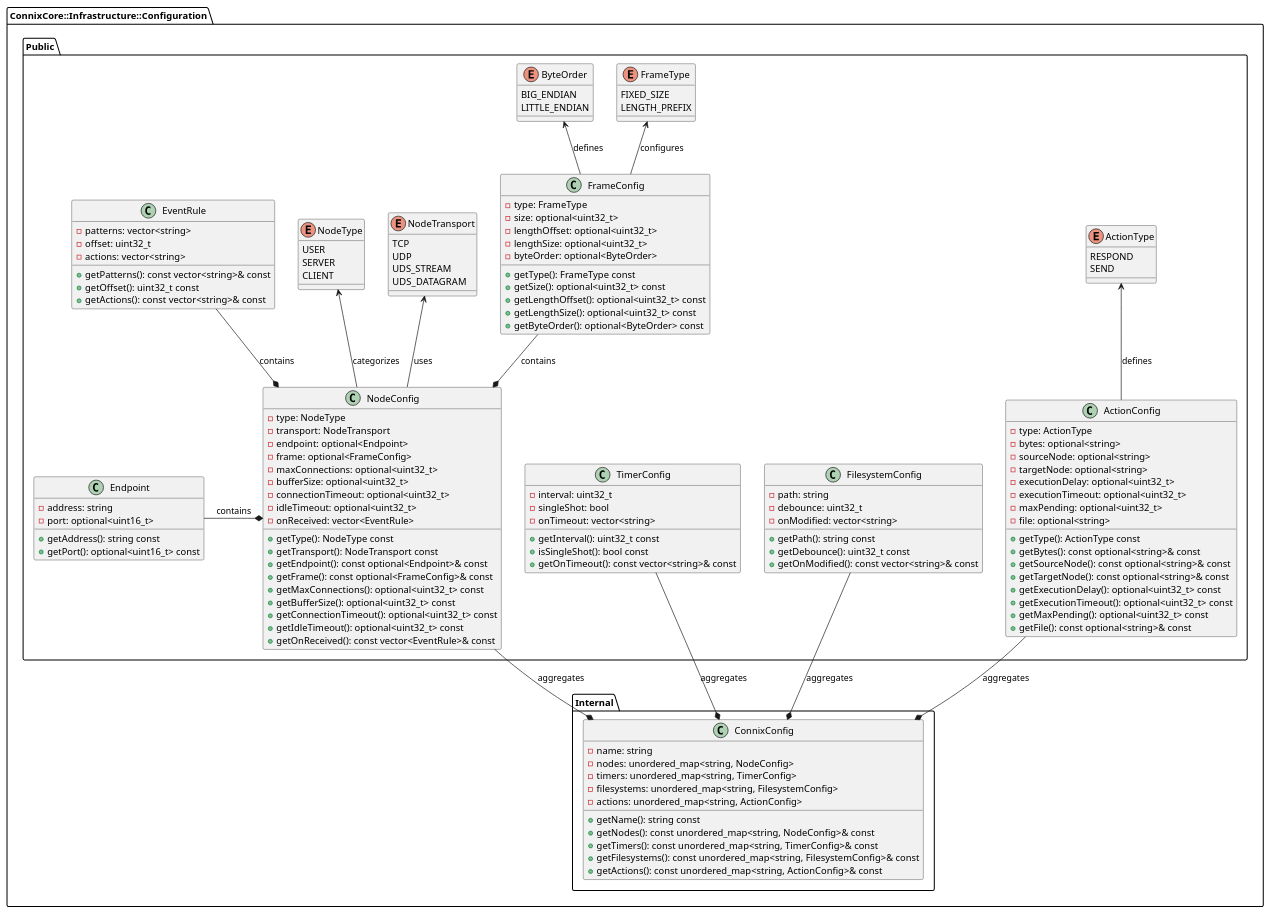
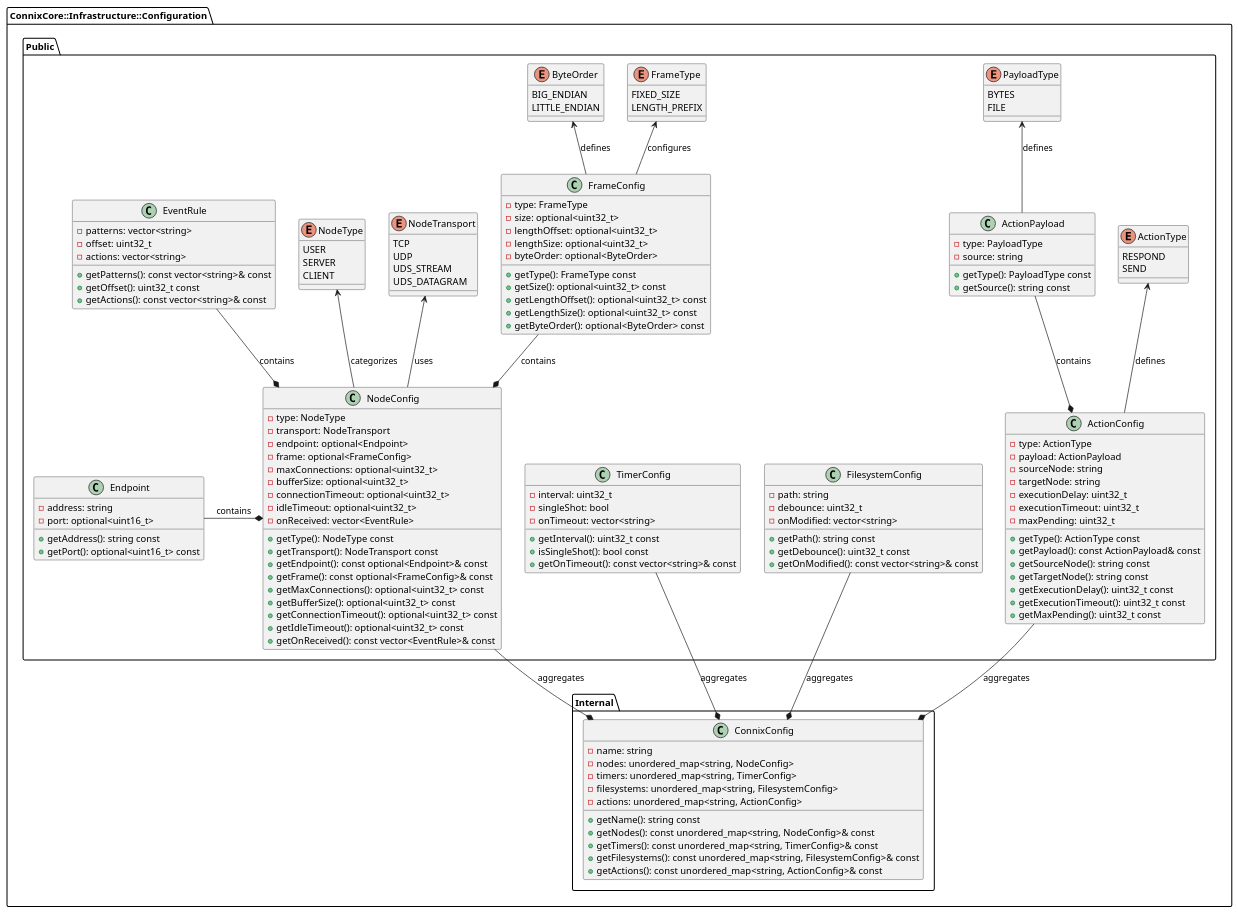
One commit to nghdang/connix changed the diagram in connix/connix-core/infrastructure/configuration/dd/data_structures.puml. Above: the diagram before and after it, drawn with PlantUML. The commit also changed 11 other files, not shown here.

Commit message:
feat: refine schema of ActionConfig

```diff
--- a/connix/connix-core/infrastructure/configuration/dd/data_structures.puml
+++ b/connix/connix-core/infrastructure/configuration/dd/data_structures.puml
@@ -1,162 +1,174 @@
 @startuml Configuration Component - Data Structures
 
 namespace ConnixCore::Infrastructure::Configuration {
 
 package "Public" {
 
     enum FrameType {
         FIXED_SIZE
         LENGTH_PREFIX
     }
 
     enum ByteOrder {
         BIG_ENDIAN
         LITTLE_ENDIAN
     }
 
     enum NodeTransport {
         TCP
         UDP
         UDS_STREAM
         UDS_DATAGRAM
     }
 
     enum NodeType {
         USER
         SERVER
         CLIENT
     }
 
     enum ActionType {
         RESPOND
         SEND
     }
 
     class Endpoint {
         - address: string
         - port: optional<uint16_t>
         + getAddress(): string const
         + getPort(): optional<uint16_t> const
     }
 
     class FrameConfig {
         - type: FrameType
         - size: optional<uint32_t>
         - lengthOffset: optional<uint32_t>
         - lengthSize: optional<uint32_t>
         - byteOrder: optional<ByteOrder>
         + getType(): FrameType const
         + getSize(): optional<uint32_t> const
         + getLengthOffset(): optional<uint32_t> const
         + getLengthSize(): optional<uint32_t> const
         + getByteOrder(): optional<ByteOrder> const
     }
 
     class EventRule {
         - patterns: vector<string>
         - offset: uint32_t
         - actions: vector<string>
         + getPatterns(): const vector<string>& const
         + getOffset(): uint32_t const
         + getActions(): const vector<string>& const
     }
 
     class NodeConfig {
         - type: NodeType
         - transport: NodeTransport
         - endpoint: optional<Endpoint>
         - frame: optional<FrameConfig>
         - maxConnections: optional<uint32_t>
         - bufferSize: optional<uint32_t>
         - connectionTimeout: optional<uint32_t>
         - idleTimeout: optional<uint32_t>
         - onReceived: vector<EventRule>
         + getType(): NodeType const
         + getTransport(): NodeTransport const
         + getEndpoint(): const optional<Endpoint>& const
         + getFrame(): const optional<FrameConfig>& const
         + getMaxConnections(): optional<uint32_t> const
         + getBufferSize(): optional<uint32_t> const
         + getConnectionTimeout(): optional<uint32_t> const
         + getIdleTimeout(): optional<uint32_t> const
         + getOnReceived(): const vector<EventRule>& const
     }
 
     class TimerConfig {
         - interval: uint32_t
         - singleShot: bool
         - onTimeout: vector<string>
         + getInterval(): uint32_t const
         + isSingleShot(): bool const
         + getOnTimeout(): const vector<string>& const
     }
 
     class FilesystemConfig {
         - path: string
         - debounce: uint32_t
         - onModified: vector<string>
         + getPath(): string const
         + getDebounce(): uint32_t const
         + getOnModified(): const vector<string>& const
     }
 
+    enum PayloadType {
+        BYTES
+        FILE
+    }
+
+    class ActionPayload {
+        - type: PayloadType
+        - source: string
+        + getType(): PayloadType const
+        + getSource(): string const
+    }
+
     class ActionConfig {
         - type: ActionType
-        - bytes: optional<string>
-        - sourceNode: optional<string>
-        - targetNode: optional<string>
-        - executionDelay: optional<uint32_t>
-        - executionTimeout: optional<uint32_t>
-        - maxPending: optional<uint32_t>
-        - file: optional<string>
+        - payload: ActionPayload
+        - sourceNode: string
+        - targetNode: string
+        - executionDelay: uint32_t
+        - executionTimeout: uint32_t
+        - maxPending: uint32_t
         + getType(): ActionType const
-        + getBytes(): const optional<string>& const
-        + getSourceNode(): const optional<string>& const
-        + getTargetNode(): const optional<string>& const
-        + getExecutionDelay(): optional<uint32_t> const
-        + getExecutionTimeout(): optional<uint32_t> const
-        + getMaxPending(): optional<uint32_t> const
-        + getFile(): const optional<string>& const
+        + getPayload(): const ActionPayload& const
+        + getSourceNode(): string const
+        + getTargetNode(): string const
+        + getExecutionDelay(): uint32_t const
+        + getExecutionTimeout(): uint32_t const
+        + getMaxPending(): uint32_t const
     }
 
     FrameType <-- FrameConfig : configures
     ByteOrder <-- FrameConfig : defines
 
     Endpoint -right-* NodeConfig : contains
     FrameConfig --* NodeConfig : contains
     EventRule --* NodeConfig : contains
     NodeType <-- NodeConfig : categorizes
     NodeTransport <-- NodeConfig : uses
 
+    PayloadType <-- ActionPayload : defines
+    ActionPayload --* ActionConfig : contains
     ActionType <-- ActionConfig : defines
 
     NodeConfig -[hidden]right- TimerConfig
     TimerConfig -[hidden]right- FilesystemConfig
     FilesystemConfig -[hidden]right- ActionConfig
 }
 
 package "Internal" {
 
     class ConnixConfig {
         - name: string
         - nodes: unordered_map<string, NodeConfig>
         - timers: unordered_map<string, TimerConfig>
         - filesystems: unordered_map<string, FilesystemConfig>
         - actions: unordered_map<string, ActionConfig>
         + getName(): string const
         + getNodes(): const unordered_map<string, NodeConfig>& const
         + getTimers(): const unordered_map<string, TimerConfig>& const
         + getFilesystems(): const unordered_map<string, FilesystemConfig>& const
         + getActions(): const unordered_map<string, ActionConfig>& const
     }
 
 }
 
 NodeConfig --* ConnixConfig : aggregates
 TimerConfig --* ConnixConfig : aggregates
 FilesystemConfig --* ConnixConfig : aggregates
 ActionConfig --* ConnixConfig : aggregates
 
 }
 
 @enduml
```
